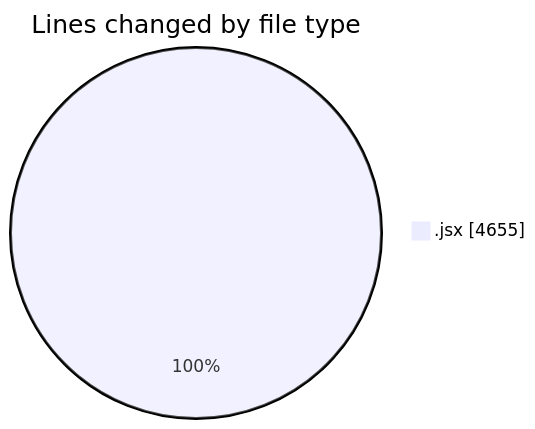
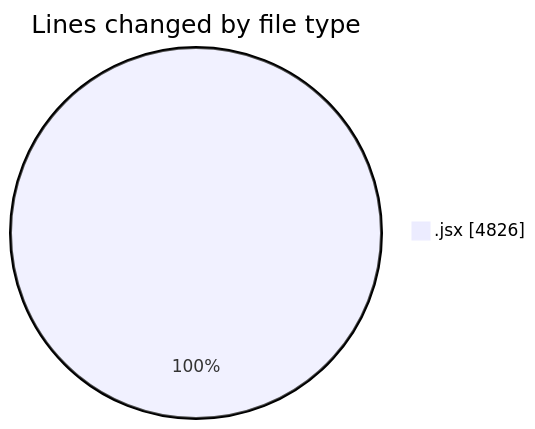
The first of 2 diagrams in 2025-07-08/argos/README.md (nxtqubesakshisongat/code-tracking), drawn with Mermaid before and after one commit. The commit also changed other lines of this file and 1 other file, not shown here.

````diff
--- a/2025-07-08/argos/README.md
+++ b/2025-07-08/argos/README.md
@@ -26,5 +26,5 @@
 ```mermaid
 pie showData
 title Lines changed by file type
-".jsx" : 4655
+".jsx" : 4826
 ```
````
